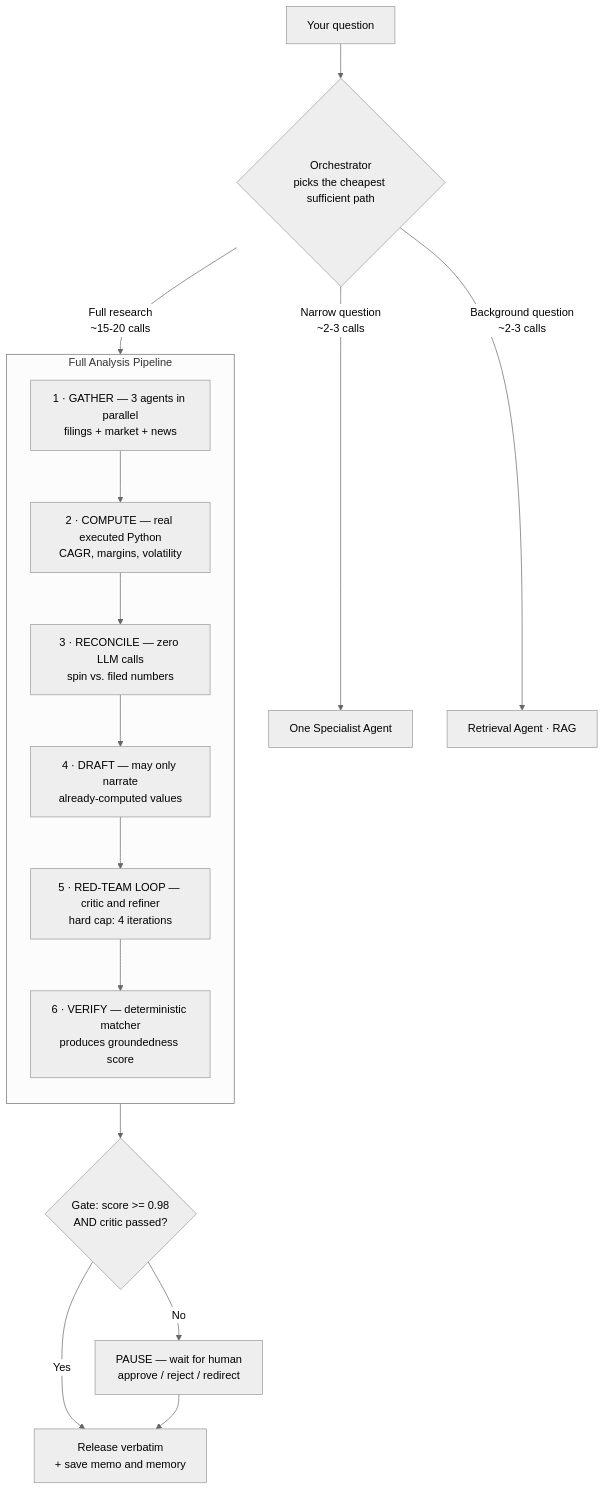
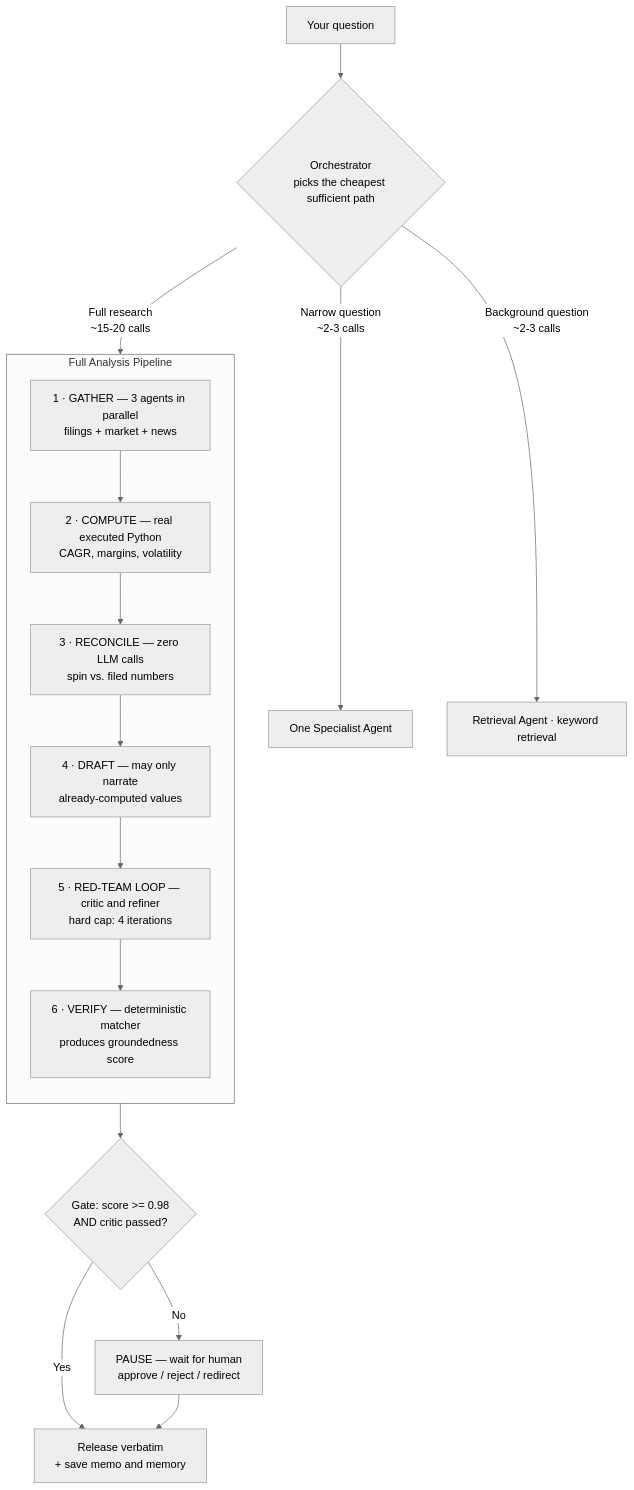
The diagram in README.md (RishabhCodezZz/ARGUS), drawn with Mermaid (neutral theme) before and after one commit. The commit also changed other lines of this file and 17 other files, not shown here.

````diff
--- a/README.md
+++ b/README.md
@@ -143,21 +143,21 @@
 ```mermaid
 flowchart TD
     U[Your question] --> O{Orchestrator<br/>picks the cheapest sufficient path}
     O -->|"Narrow question<br/>~2-3 calls"| S[One Specialist Agent]
-    O -->|"Background question<br/>~2-3 calls"| R[Retrieval Agent · RAG]
+    O -->|"Background question<br/>~2-3 calls"| R[Retrieval Agent · keyword retrieval]
     O -->|"Full research<br/>~15-20 calls"| G
 
     subgraph PIPE [Full Analysis Pipeline]
         direction TB
         G["1 · GATHER — 3 agents in parallel<br/>filings + market + news"] --> Q["2 · COMPUTE — real executed Python<br/>CAGR, margins, volatility"]
         Q --> RC["3 · RECONCILE — zero LLM calls<br/>spin vs. filed numbers"]
         RC --> SY["4 · DRAFT — may only narrate<br/>already-computed values"]
         SY --> CR["5 · RED-TEAM LOOP — critic and refiner<br/>hard cap: 4 iterations"]
         CR --> V["6 · VERIFY — deterministic matcher<br/>produces groundedness score"]
     end
 
     V --> H{"Gate: score >= 0.98<br/>AND critic passed?"}
     H -->|Yes| M[Release verbatim<br/>+ save memo and memory]
     H -->|No| HU["PAUSE — wait for human<br/>approve / reject / redirect"]
     HU --> M
 ```
````
